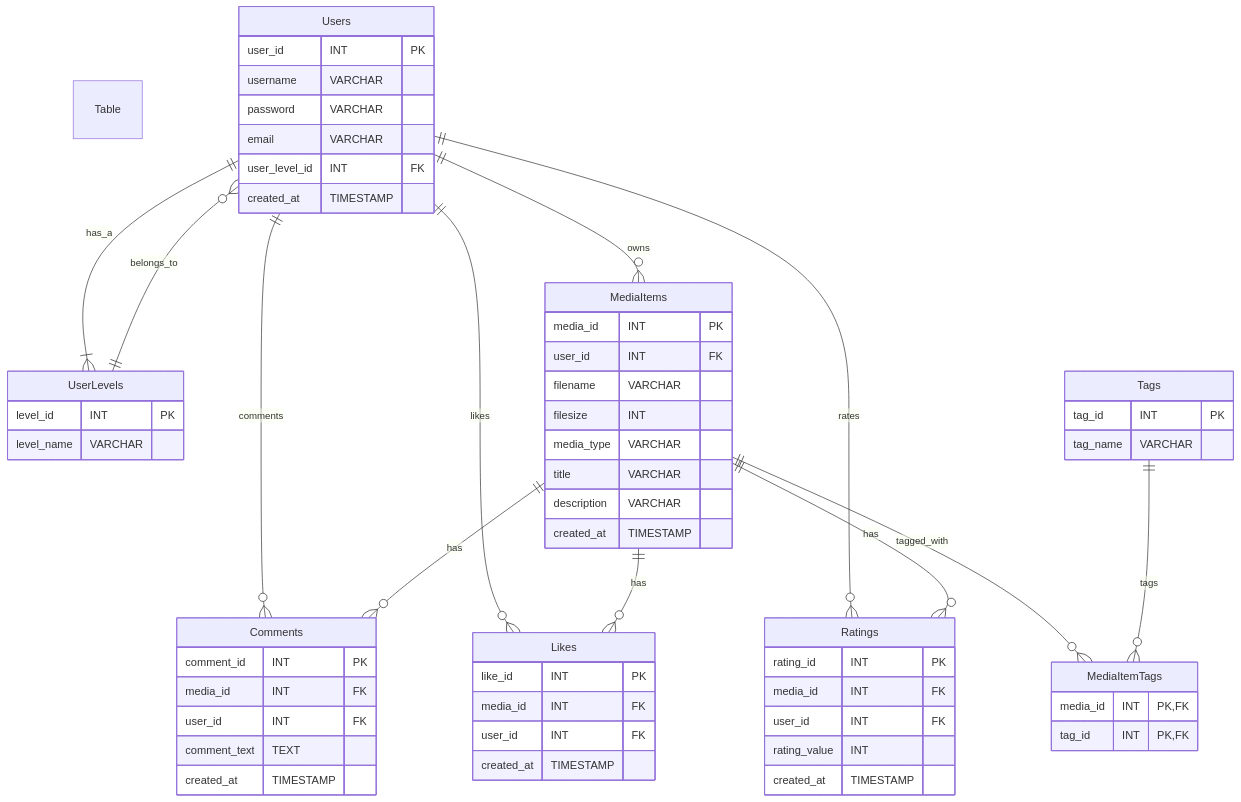
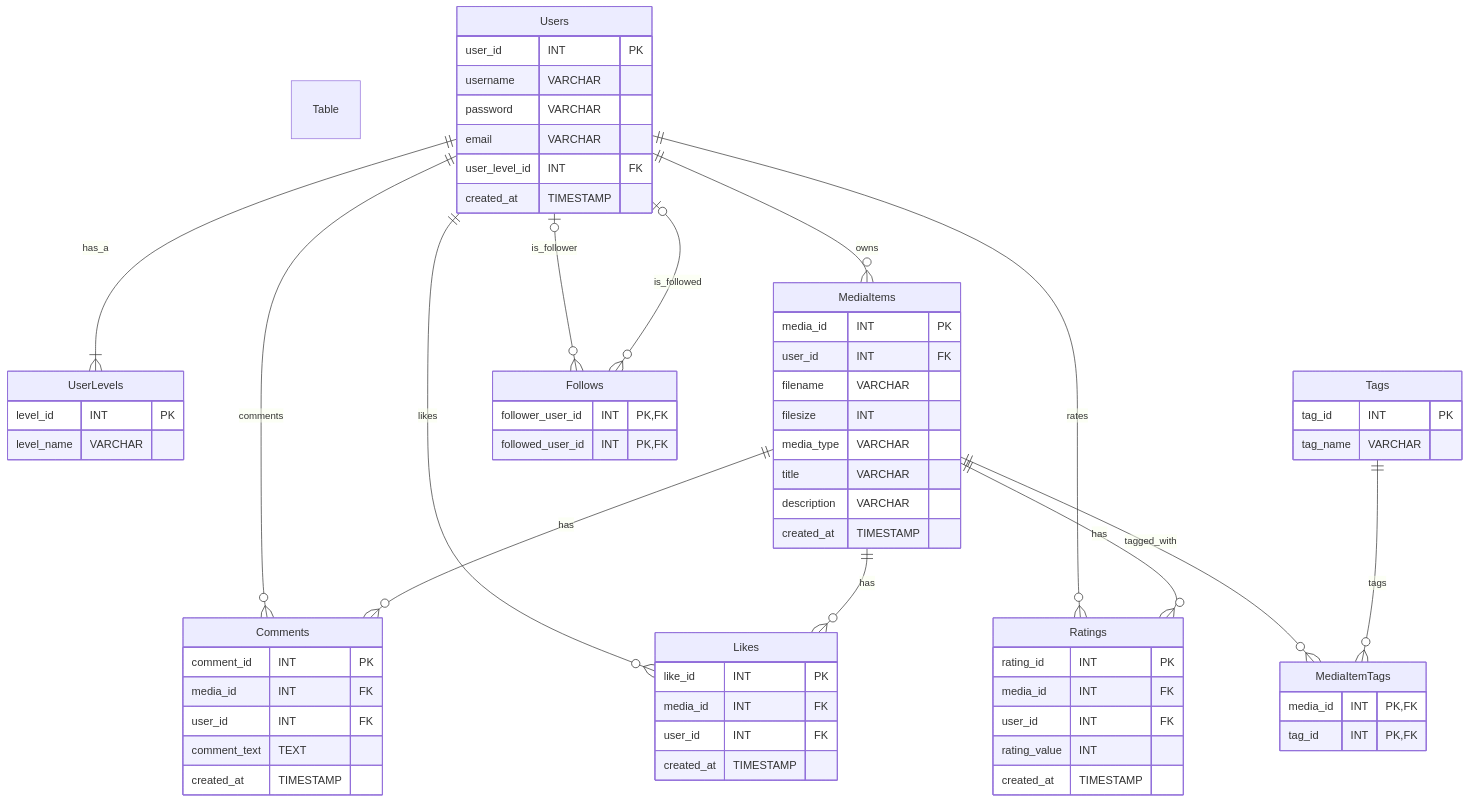
Before and after one commit to mattpe/ucad: the diagram in 06-database-api.md, drawn with Mermaid. The commit also changed other lines of this file, not shown here.

Commit message:
add user follow table to er diagram

````diff
--- a/06-database-api.md
+++ b/06-database-api.md
@@ -7,76 +7,81 @@
 ```mermaid
 erDiagram
 
 Table Users {
   user_id INT PK
   username VARCHAR
   password VARCHAR
   email VARCHAR
   user_level_id INT FK
   created_at TIMESTAMP
 }
 
 Table UserLevels {
   level_id INT PK
   level_name VARCHAR
 }
 
 Table MediaItems {
   media_id INT PK
   user_id INT FK
   filename VARCHAR
   filesize INT
   media_type VARCHAR
   title VARCHAR
   description VARCHAR
   created_at TIMESTAMP
 }
 
 Table Comments {
   comment_id INT PK
   media_id INT FK
   user_id INT FK
   comment_text TEXT
   created_at TIMESTAMP
 }
 
 Table Likes {
   like_id INT PK
   media_id INT FK
   user_id INT FK
   created_at TIMESTAMP
 }
 
 Table Ratings {
   rating_id INT PK
   media_id INT FK
   user_id INT FK
   rating_value INT
   created_at TIMESTAMP
 }
 
 Table Tags {
   tag_id INT PK
   tag_name VARCHAR
 }
 
 Table MediaItemTags {
   media_id INT PK, FK
   tag_id INT PK, FK
 }
 
+Table Follows {
+  follower_user_id INT PK, FK
+  followed_user_id INT PK, FK
+}
+
 Users ||--o{ MediaItems : owns
 Users ||--o{ Comments : comments
 Users ||--o{ Likes : likes
 Users ||--o{ Ratings : rates
 Users ||--|{ UserLevels : has_a
-
-UserLevels ||--o{ Users : belongs_to
+Users |o--o{ Follows : is_follower
+Follows }o--o| Users : is_followed
 
 MediaItems ||--o{ Comments : has
 MediaItems ||--o{ Likes : has
 MediaItems ||--o{ Ratings : has
 MediaItems ||--o{ MediaItemTags : tagged_with
 
 Tags ||--o{ MediaItemTags : tags
 ```
````
